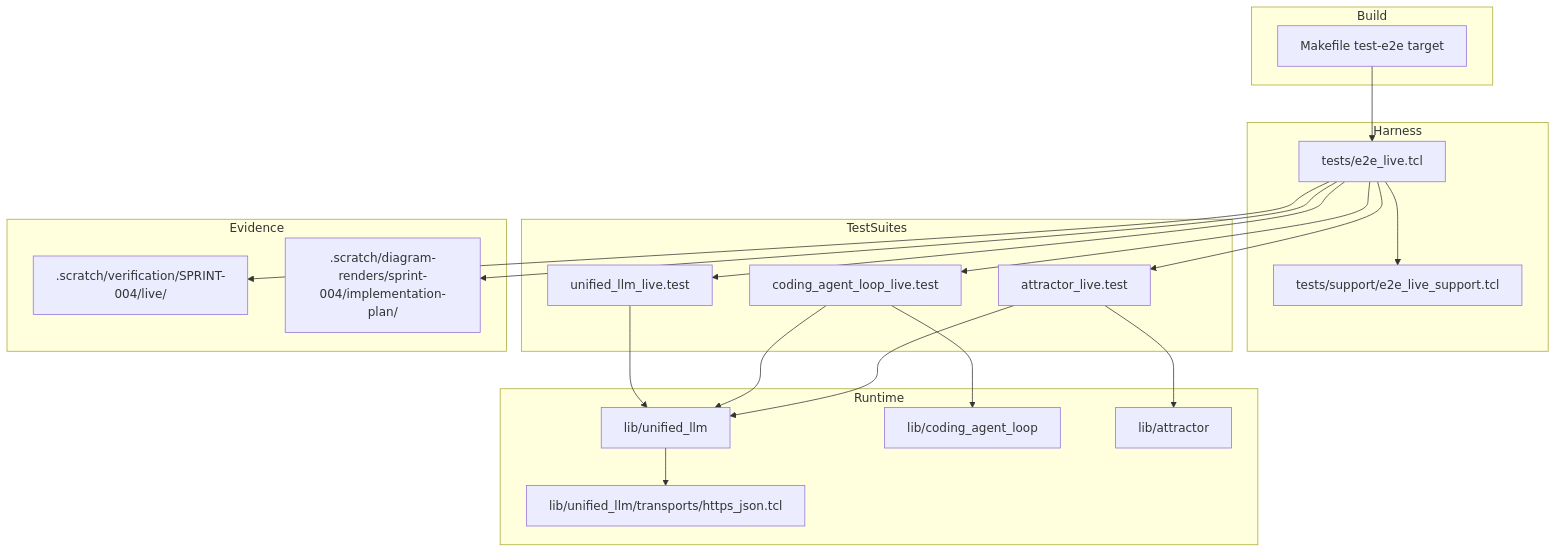
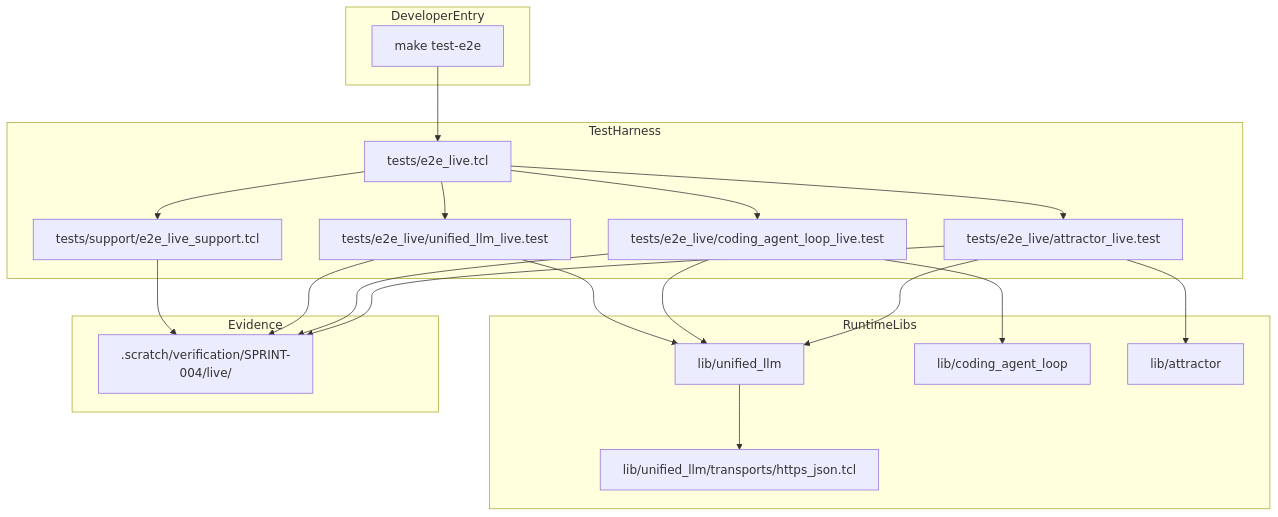
The fifth of 5 diagrams in docs/sprints/SPRINT-004-comprehensive-implementation-plan.md (jaytaylor/attractor-tcl), drawn with Mermaid before and after one commit. The commit also changed other lines of this file, not shown here.

Commit message:
docs: synchronize sprint 004 implementation plan with verified completion evidence

````diff
--- a/docs/sprints/SPRINT-004-comprehensive-implementation-plan.md
+++ b/docs/sprints/SPRINT-004-comprehensive-implementation-plan.md
@@ -1697,43 +1851,41 @@
 ```mermaid
 flowchart TB
-  subgraph Build
-    MK[Makefile test-e2e target]
+  subgraph DeveloperEntry
+    MAKE[make test-e2e]
   end
 
-  subgraph Harness
-    E2E[tests/e2e_live.tcl]
+  subgraph TestHarness
+    H[tests/e2e_live.tcl]
     SUP[tests/support/e2e_live_support.tcl]
+    UTEST[tests/e2e_live/unified_llm_live.test]
+    CTEST[tests/e2e_live/coding_agent_loop_live.test]
+    ATEST[tests/e2e_live/attractor_live.test]
   end
 
-  subgraph TestSuites
-    UTEST[unified_llm_live.test]
-    CTEST[coding_agent_loop_live.test]
-    ATEST[attractor_live.test]
-  end
-
-  subgraph Runtime
+  subgraph RuntimeLibs
     ULLM[lib/unified_llm]
+    HTTPSLIB[lib/unified_llm/transports/https_json.tcl]
     CAL[lib/coding_agent_loop]
     ATR[lib/attractor]
-    TRANS[lib/unified_llm/transports/https_json.tcl]
   end
 
   subgraph Evidence
-    RUNROOT[.scratch/verification/SPRINT-004/live/<run_id>]
-    DIAG[.scratch/diagram-renders/sprint-004/implementation-plan/<run_id>]
+    LIVE[.scratch/verification/SPRINT-004/live/<run_id>]
   end
 
-  MK --> E2E
-  E2E --> SUP
-  E2E --> UTEST
-  E2E --> CTEST
-  E2E --> ATEST
+  MAKE --> H
+  H --> SUP
+  H --> UTEST
+  H --> CTEST
+  H --> ATEST
   UTEST --> ULLM
   CTEST --> CAL
   CTEST --> ULLM
   ATEST --> ATR
   ATEST --> ULLM
-  ULLM --> TRANS
-  E2E --> RUNROOT
-  E2E --> DIAG
+  ULLM --> HTTPSLIB
+  SUP --> LIVE
+  UTEST --> LIVE
+  CTEST --> LIVE
+  ATEST --> LIVE
 ```
````
